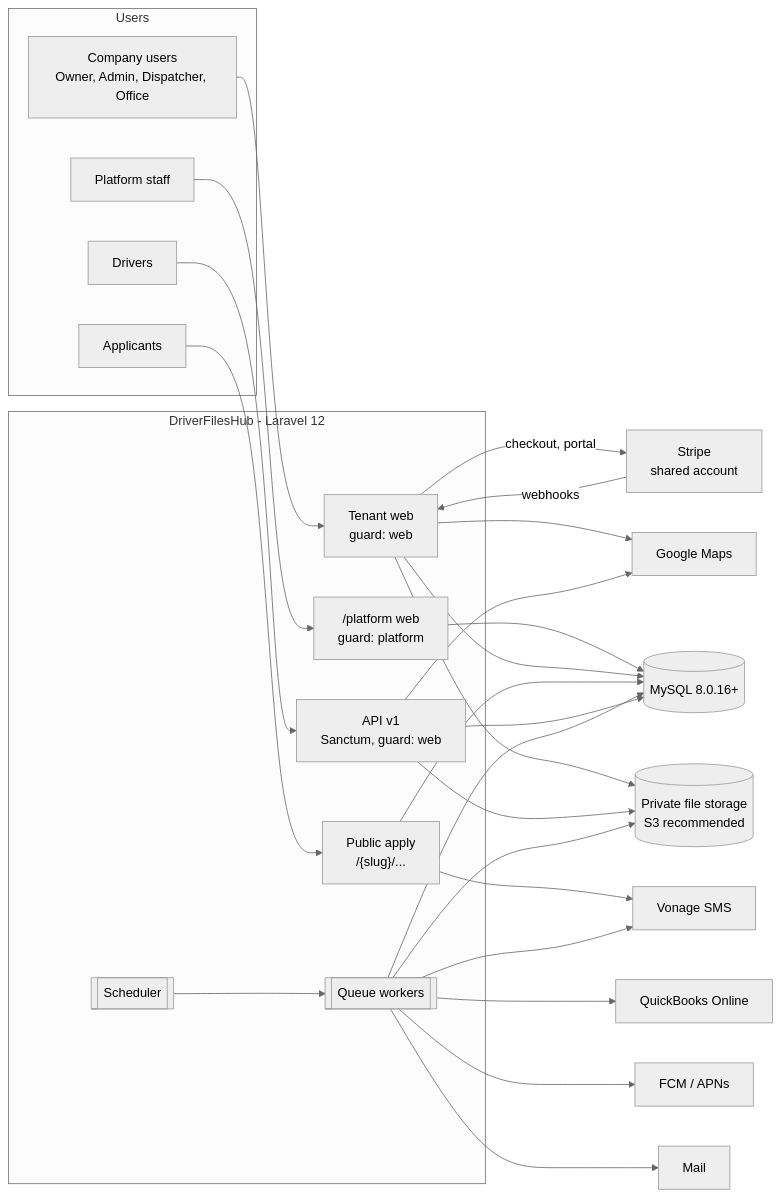
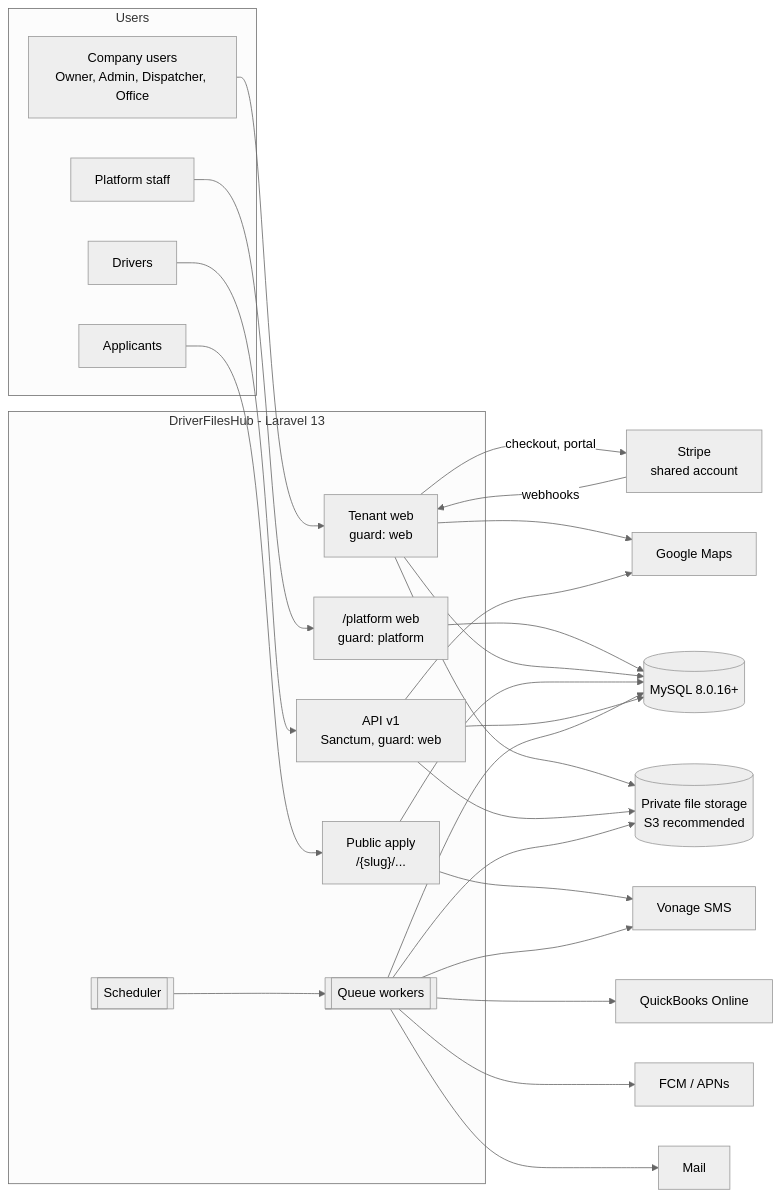
The first of 14 diagrams in docs/Technical-Features-and-Workflow.md (anambrur/driver_qualification), drawn with Mermaid (neutral theme) before and after one commit. The commit also changed other lines of this file and 13 other files, not shown here.

````diff
--- a/docs/Technical-Features-and-Workflow.md
+++ b/docs/Technical-Features-and-Workflow.md
@@ -67,39 +67,39 @@
 ```mermaid
 flowchart LR
   subgraph Users
     PS[Platform staff]
     TU[Company users<br/>Owner, Admin, Dispatcher, Office]
     DR[Drivers]
     AP[Applicants]
   end
-  subgraph App[DriverFilesHub - Laravel 12]
+  subgraph App[DriverFilesHub - Laravel 13]
     PW["/platform web<br/>guard: platform"]
     TW["Tenant web<br/>guard: web"]
     PUB["Public apply<br/>/{slug}/..."]
     API["API v1<br/>Sanctum, guard: web"]
     Q[[Queue workers]]
     SCH[[Scheduler]]
   end
   DB[(MySQL 8.0.16+)]
   FS[(Private file storage<br/>S3 recommended)]
   STR[Stripe<br/>shared account]
   VON[Vonage SMS]
   MAP[Google Maps]
   QBO[QuickBooks Online]
   PUSH[FCM / APNs]
   MAIL[Mail]
 
   PS --> PW
   TU --> TW
   DR --> API
   AP --> PUB
   PW & TW & PUB & API --> DB
   TW & API & Q --> FS
   STR -- webhooks --> TW
   TW -- checkout, portal --> STR
   PUB --> VON
   Q --> MAIL & PUSH & QBO & VON
   TW & API --> MAP
   SCH --> Q
   Q --> DB
 ```
````
